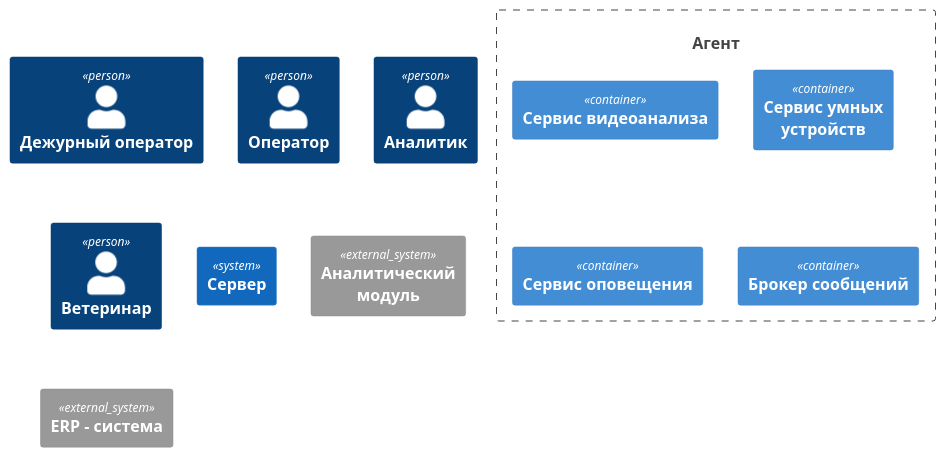
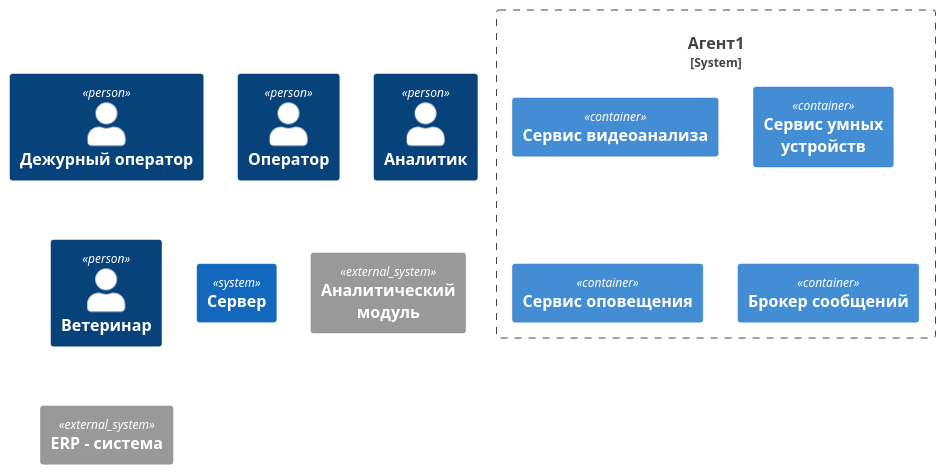
Before and after one commit to mirray/MSA-AgroTech: the diagram in Task2/ATCK_C4_Containers_test.puml, drawn with PlantUML. The commit also changed 1 other file, not shown here.

```diff
--- a/Task2/ATCK_C4_Containers_test.puml
+++ b/Task2/ATCK_C4_Containers_test.puml
@@ -1,22 +1,20 @@
 @startuml Архитектура_АвтоТехноСвиноКомплекс_v1
 !include <C4/C4_Container>
 
 Person(duty_operator, "Дежурный оператор")
 Person(operator, "Оператор")
 Person(analytic, "Аналитик")
 Person(vet, "Ветеринар")
 
-System(atck_agent, "Агент")
 System(atck_server, "Сервер")
 System_Ext(analytic_module, "Аналитический модуль")
 System_Ext(erp, "ERP - система")
 
-System_Boundary(atck_agent, "Агент"){
+System_Boundary(atck_agent, "Агент1"){
     Container(video, "Сервис видеоанализа")
     Container(iot, "Сервис умных устройств")
     Container(notification, "Сервис оповещения")
     Container(broker, "Брокер сообщений")
 }
 
-
 @enduml
```
